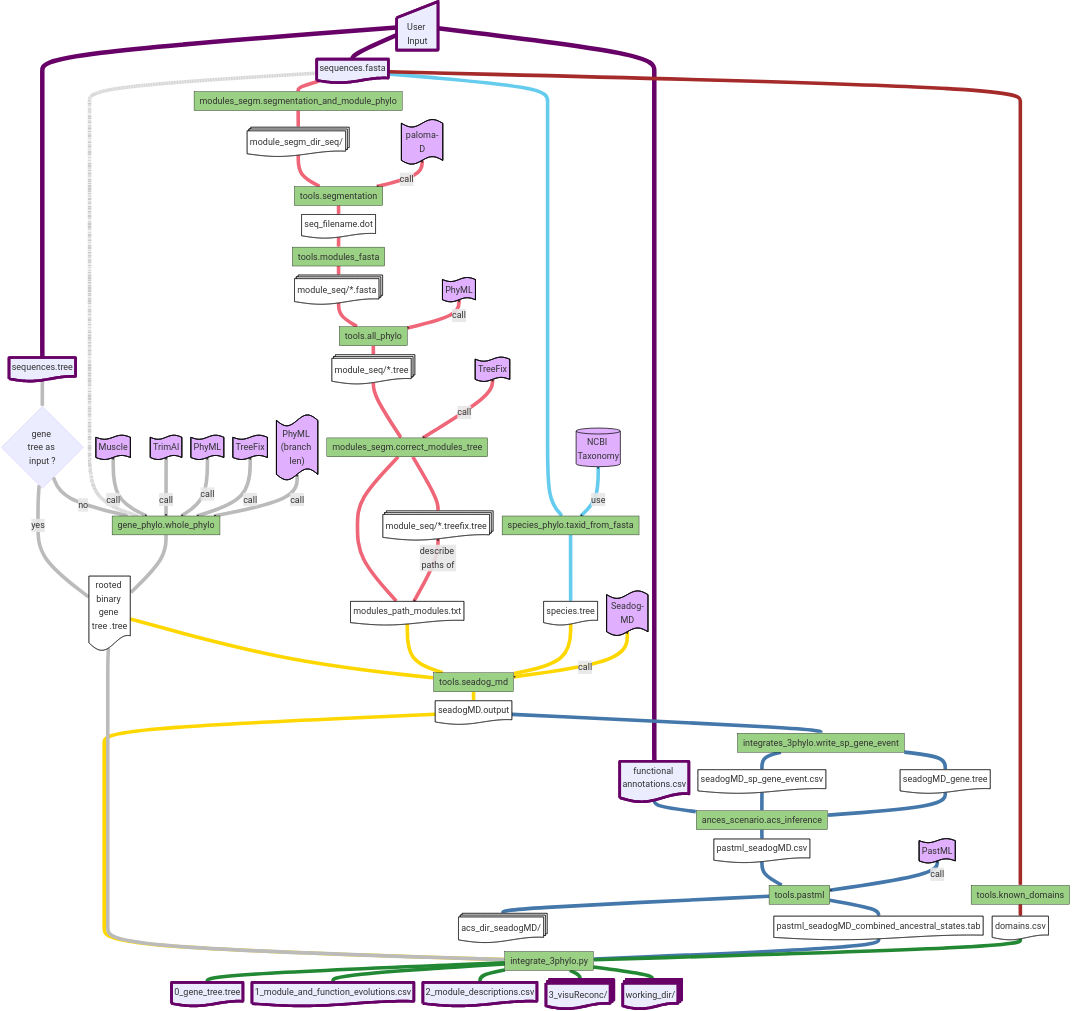
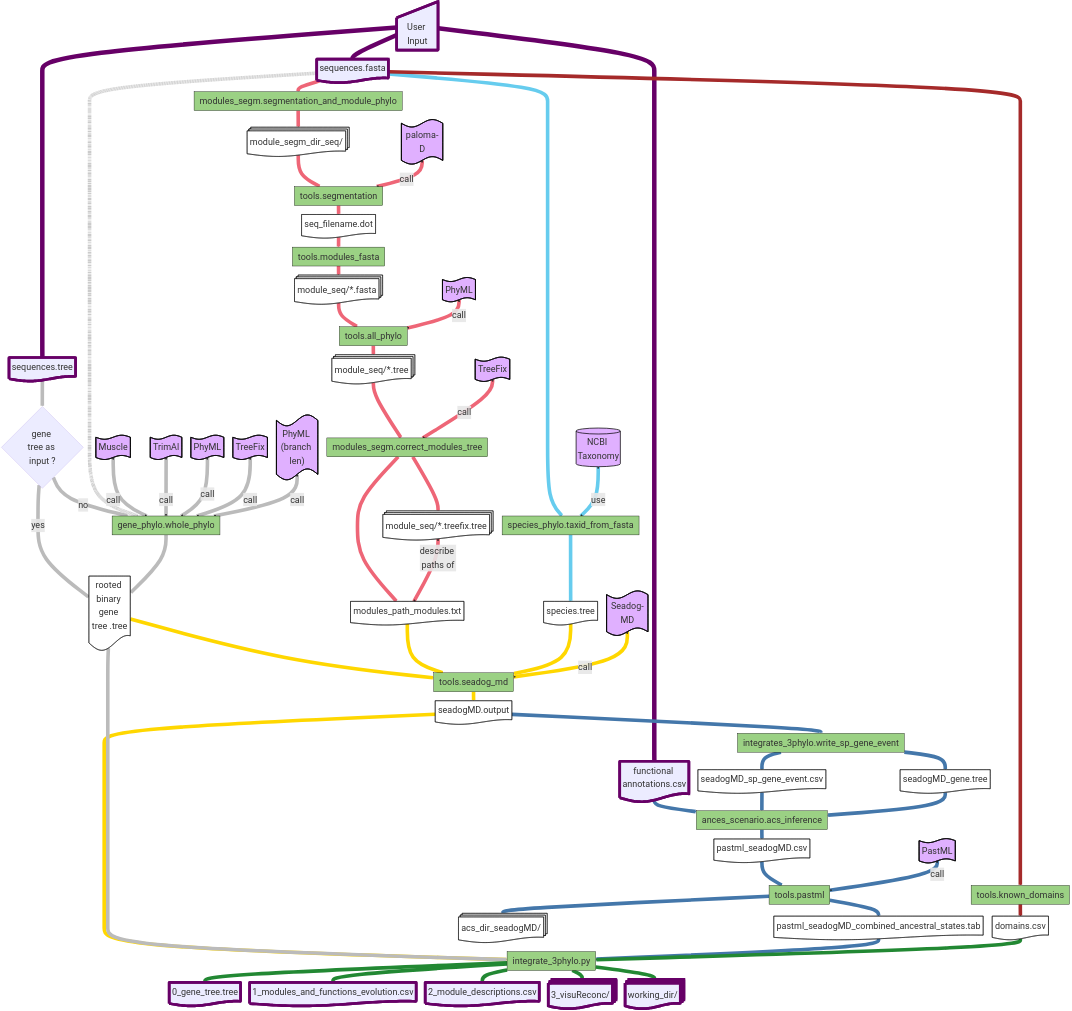
The first of 2 diagrams in README.md (OcMalde/fuse-phylotree), drawn with Mermaid before and after one commit. The commit also changed other lines of this file and 1 other file, not shown here.

Commit message:
up output filename

```diff
--- a/README.md
+++ b/README.md
@@ -90,7 +90,7 @@
 d2 --> i1
 
 i1 --> i2@{ shape: doc, label: "0_gene_tree.tree" }
-i1 --> i3@{ shape: doc, label: "1_module_and_function_evolutions.csv" }
+i1 --> i3@{ shape: doc, label: "1_modules_and_functions_evolution.csv" }
 i1 --> i4@{ shape: doc, label: "2_module_descriptions.csv" }
 i1 --> i5@{ shape: docs, label: "3_visuReconc/" }
 i1 --> i6@{ shape: docs, label: "working_dir/" }
```
